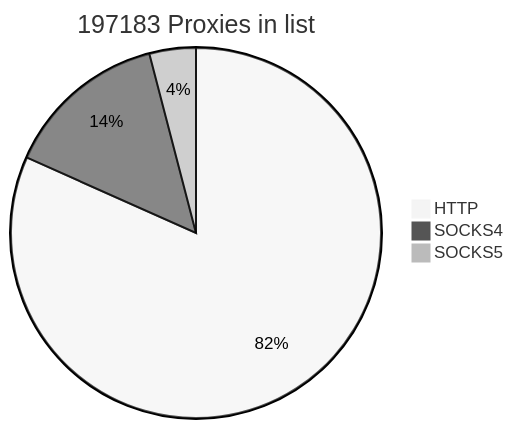
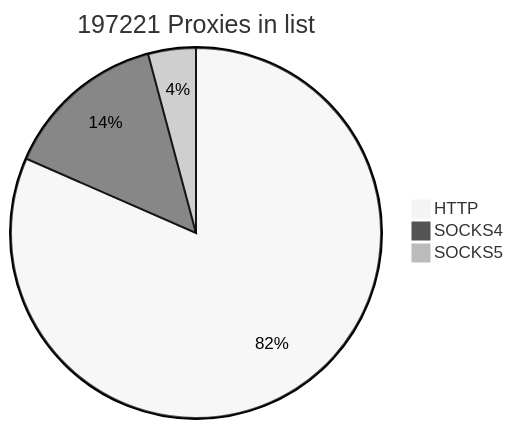
Before and after one commit to cutipu/proxylist: the first of 2 diagrams in README.md, drawn with Mermaid (neutral theme). The commit also changed other lines of this file, not shown here.

````diff
--- a/README.md
+++ b/README.md
@@ -2,7 +2,7 @@
 ```mermaid
-pie title 197183 Proxies in list
-    "HTTP" : 161060
-    "SOCKS4" : 28133
-    "SOCKS5" : 7990
+pie title 197221 Proxies in list
+    "HTTP" : 160877
+    "SOCKS4" : 28130
+    "SOCKS5" : 8214
             
 ```
````
